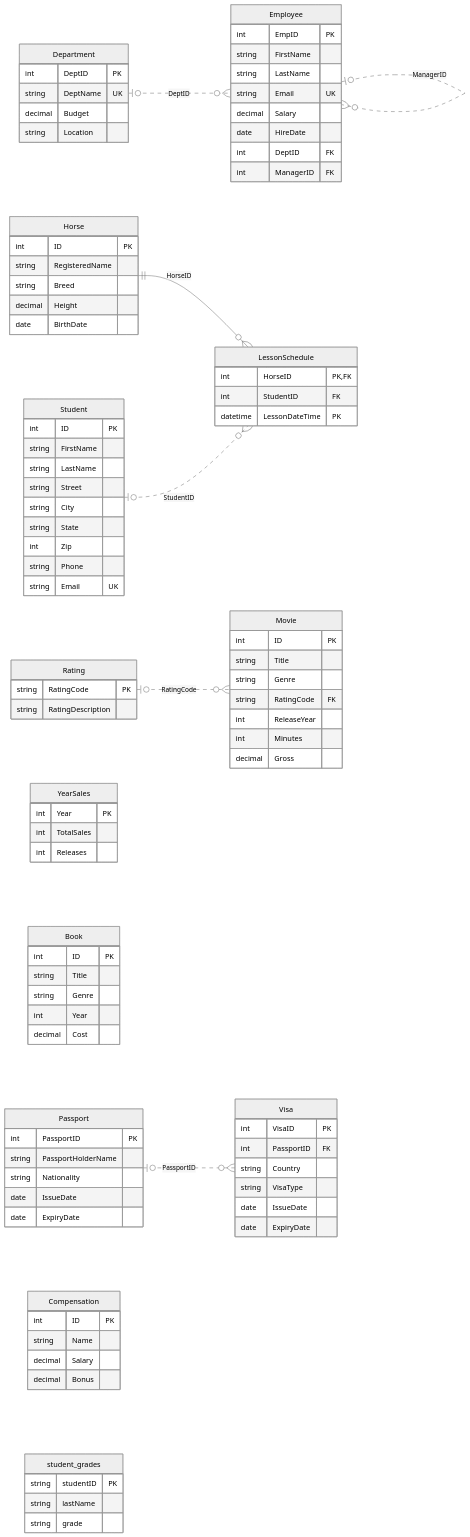
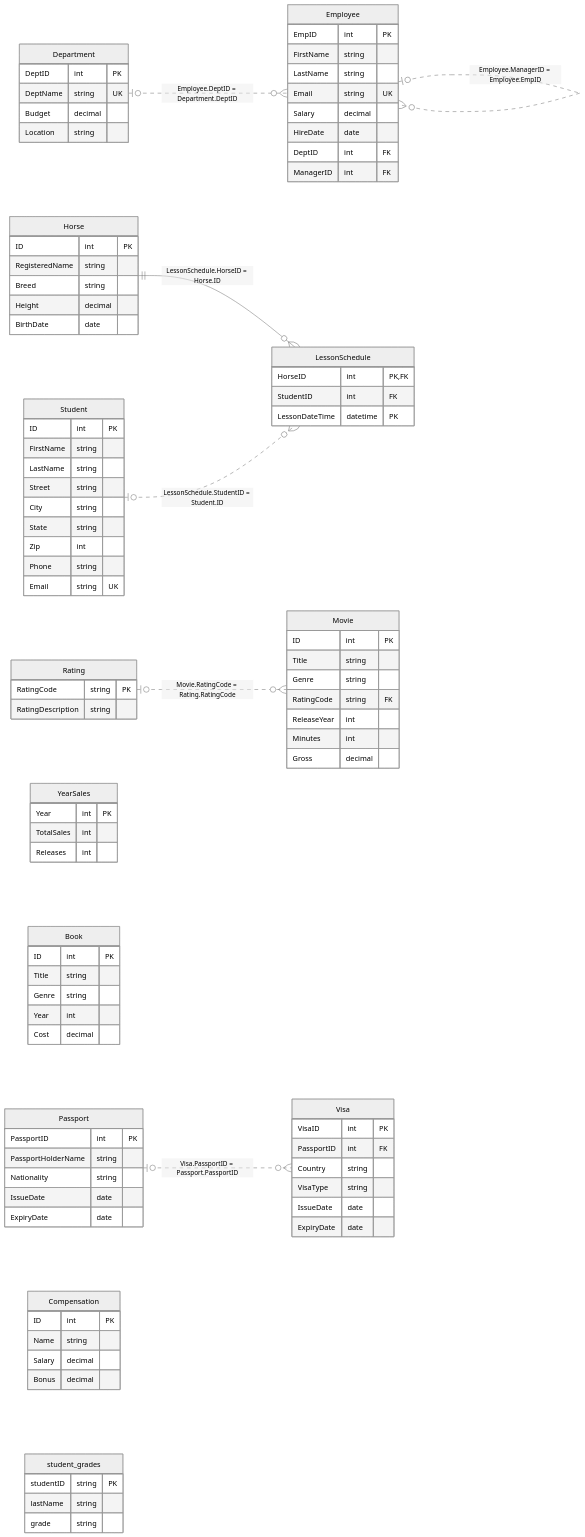
The diagram in D427_Data_Management_Applications/README.md (jeubanks/wgu), drawn with Mermaid (neutral theme) before and after one commit. The commit also changed other lines of this file and 4 other files, not shown here.

First line of the commit message:
Redraw the D427 ER diagrams as styled SVG on the site

````diff
--- a/D427_Data_Management_Applications/README.md
+++ b/D427_Data_Management_Applications/README.md
@@ -150,105 +150,105 @@
 
   %% Company schema
   Department {
-    int DeptID PK
-    string DeptName UK
-    decimal Budget
-    string Location
+    DeptID int PK
+    DeptName string UK
+    Budget decimal
+    Location string
   }
   Employee {
-    int EmpID PK
-    string FirstName
-    string LastName
-    string Email UK
-    decimal Salary
-    date HireDate
-    int DeptID FK
-    int ManagerID FK
+    EmpID int PK
+    FirstName string
+    LastName string
+    Email string UK
+    Salary decimal
+    HireDate date
+    DeptID int FK
+    ManagerID int FK
   }
-  Department |o..o{ Employee : DeptID
-  Employee |o..o{ Employee : ManagerID
+  Department |o..o{ Employee : "Employee.DeptID = Department.DeptID"
+  Employee |o..o{ Employee : "Employee.ManagerID = Employee.EmpID"
 
   %% Riding stable schema
   Horse {
-    int ID PK
-    string RegisteredName
-    string Breed
-    decimal Height
-    date BirthDate
+    ID int PK
+    RegisteredName string
+    Breed string
+    Height decimal
+    BirthDate date
   }
   Student {
-    int ID PK
-    string FirstName
-    string LastName
-    string Street
-    string City
-    string State
-    int Zip
-    string Phone
-    string Email UK
+    ID int PK
+    FirstName string
+    LastName string
+    Street string
+    City string
+    State string
+    Zip int
+    Phone string
+    Email string UK
   }
   LessonSchedule {
-    int HorseID PK, FK
-    int StudentID FK
-    datetime LessonDateTime PK
+    HorseID int PK, FK
+    StudentID int FK
+    LessonDateTime datetime PK
   }
-  Horse ||--o{ LessonSchedule : HorseID
-  Student |o..o{ LessonSchedule : StudentID
+  Horse ||--o{ LessonSchedule : "LessonSchedule.HorseID = Horse.ID"
+  Student |o..o{ LessonSchedule : "LessonSchedule.StudentID = Student.ID"
 
   %% Movie schema
   Rating {
-    string RatingCode PK
-    string RatingDescription
+    RatingCode string PK
+    RatingDescription string
   }
   Movie {
-    int ID PK
-    string Title
-    string Genre
-    string RatingCode FK
-    int ReleaseYear
-    int Minutes
-    decimal Gross
+    ID int PK
+    Title string
+    Genre string
+    RatingCode string FK
+    ReleaseYear int
+    Minutes int
+    Gross decimal
   }
-  Rating |o..o{ Movie : RatingCode
+  Rating |o..o{ Movie : "Movie.RatingCode = Rating.RatingCode"
 
   %% OA-style query drills
   YearSales {
-    int Year PK
-    int TotalSales
-    int Releases
+    Year int PK
+    TotalSales int
+    Releases int
   }
   Book {
-    int ID PK
-    string Title
-    string Genre
-    int Year
-    decimal Cost
+    ID int PK
+    Title string
+    Genre string
+    Year int
+    Cost decimal
   }
   Passport {
-    int PassportID PK
-    string PassportHolderName
-    string Nationality
-    date IssueDate
-    date ExpiryDate
+    PassportID int PK
+    PassportHolderName string
+    Nationality string
+    IssueDate date
+    ExpiryDate date
   }
   Visa {
-    int VisaID PK
-    int PassportID FK
-    string Country
-    string VisaType
-    date IssueDate
-    date ExpiryDate
+    VisaID int PK
+    PassportID int FK
+    Country string
+    VisaType string
+    IssueDate date
+    ExpiryDate date
   }
-  Passport |o..o{ Visa : PassportID
+  Passport |o..o{ Visa : "Visa.PassportID = Passport.PassportID"
   Compensation {
-    int ID PK
-    string Name
-    decimal Salary
-    decimal Bonus
+    ID int PK
+    Name string
+    Salary decimal
+    Bonus decimal
   }
   student_grades {
-    string studentID PK
-    string lastName
-    string grade
+    studentID string PK
+    lastName string
+    grade string
   }
 ```
````
